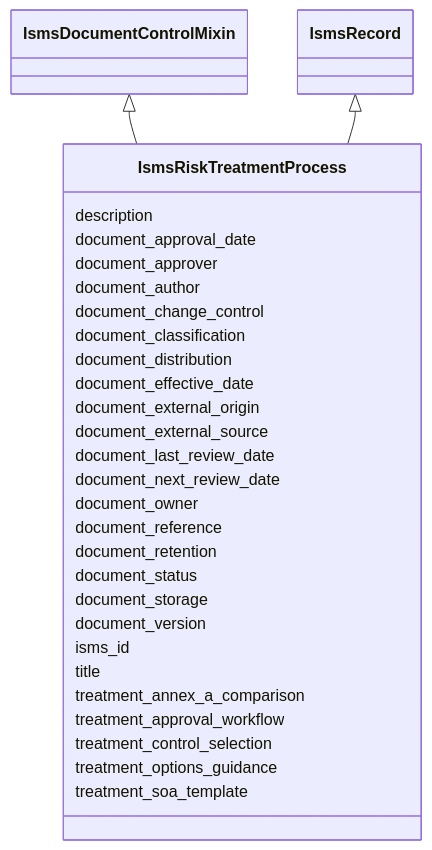
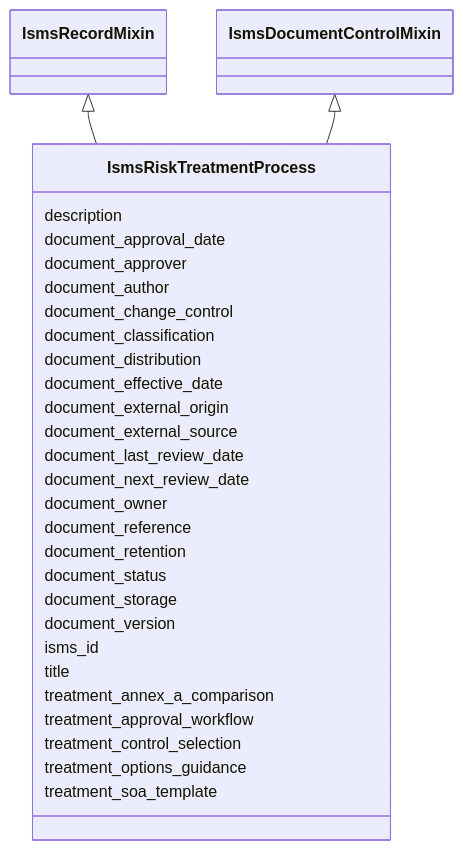
Before and after one commit to lmodel/iso27001: the diagram in project/mermaid/IsmsRiskTreatmentProcess.md, drawn with Mermaid. The commit also changed 171 other files, not shown here.

Commit message:
refactor(schema): make the record base a mixin so adapt can root records

````diff
--- a/project/mermaid/IsmsRiskTreatmentProcess.md
+++ b/project/mermaid/IsmsRiskTreatmentProcess.md
@@ -4,61 +4,61 @@
 ```mermaid
  classDiagram
     class IsmsRiskTreatmentProcess
     click IsmsRiskTreatmentProcess href "../IsmsRiskTreatmentProcess"
+      IsmsRecordMixin <|-- IsmsRiskTreatmentProcess
+        click IsmsRecordMixin href "../IsmsRecordMixin"
       IsmsDocumentControlMixin <|-- IsmsRiskTreatmentProcess
         click IsmsDocumentControlMixin href "../IsmsDocumentControlMixin"
-      IsmsRecord <|-- IsmsRiskTreatmentProcess
-        click IsmsRecord href "../IsmsRecord"
       
       IsmsRiskTreatmentProcess : description
         
       IsmsRiskTreatmentProcess : document_approval_date
         
       IsmsRiskTreatmentProcess : document_approver
         
       IsmsRiskTreatmentProcess : document_author
         
       IsmsRiskTreatmentProcess : document_change_control
         
       IsmsRiskTreatmentProcess : document_classification
         
       IsmsRiskTreatmentProcess : document_distribution
         
       IsmsRiskTreatmentProcess : document_effective_date
         
       IsmsRiskTreatmentProcess : document_external_origin
         
       IsmsRiskTreatmentProcess : document_external_source
         
       IsmsRiskTreatmentProcess : document_last_review_date
         
       IsmsRiskTreatmentProcess : document_next_review_date
         
       IsmsRiskTreatmentProcess : document_owner
         
       IsmsRiskTreatmentProcess : document_reference
         
       IsmsRiskTreatmentProcess : document_retention
         
       IsmsRiskTreatmentProcess : document_status
         
       IsmsRiskTreatmentProcess : document_storage
         
       IsmsRiskTreatmentProcess : document_version
         
       IsmsRiskTreatmentProcess : isms_id
         
       IsmsRiskTreatmentProcess : title
         
       IsmsRiskTreatmentProcess : treatment_annex_a_comparison
         
       IsmsRiskTreatmentProcess : treatment_approval_workflow
         
       IsmsRiskTreatmentProcess : treatment_control_selection
         
       IsmsRiskTreatmentProcess : treatment_options_guidance
         
       IsmsRiskTreatmentProcess : treatment_soa_template
         
       
 ```
````
